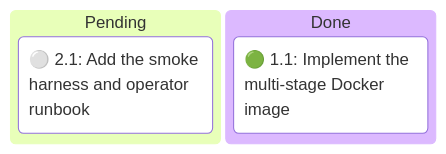
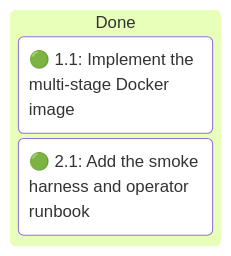
The first of 2 diagrams in .specs/containerized-service/05_execution.md (sohampatwardhan/Amtrak-GTFS-RT), drawn with Mermaid before and after one commit. The commit also changed other lines of this file and 9 other files, not shown here.

````diff
--- a/.specs/containerized-service/05_execution.md
+++ b/.specs/containerized-service/05_execution.md
@@ -50,7 +50,6 @@
 ```mermaid
 kanban
-  pending[Pending]
-    t_kanban_2_1[⚪ 2.1: Add the smoke harness and operator runbook]
   done[Done]
     t_kanban_1_1[🟢 1.1: Implement the multi-stage Docker image]
+    t_kanban_2_1[🟢 2.1: Add the smoke harness and operator runbook]
 ```
````
